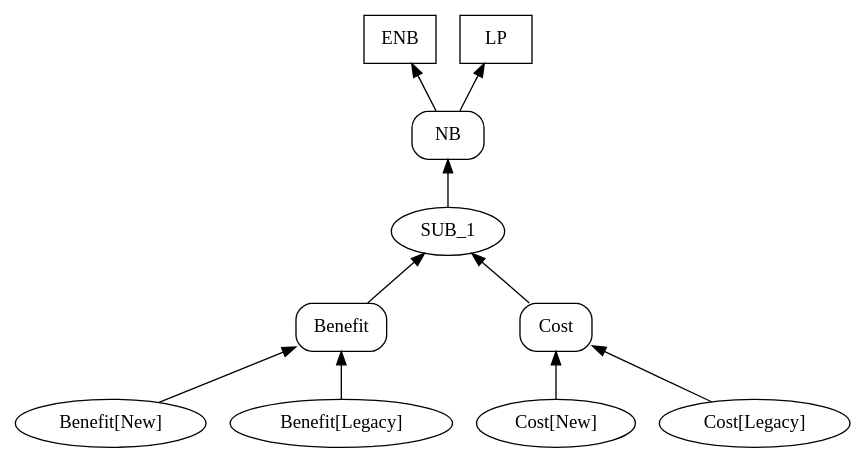
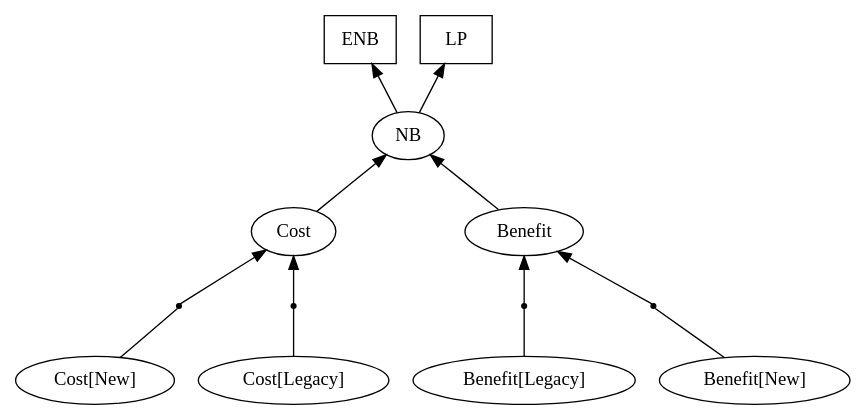
One commit to sbusari/RADAR2 changed the diagram in uk.ac.ucl.cs.results/CVB/graph/vgraph.dot. Above: the diagram before and after it, drawn with Graphviz. The commit also changed 38 other files, not shown here.

Commit message:
Implementation of AND/OR graph using the visitor design pattern

```diff
--- a/uk.ac.ucl.cs.results/CVB/graph/vgraph.dot
+++ b/uk.ac.ucl.cs.results/CVB/graph/vgraph.dot
@@ -1,22 +1,24 @@
 digraph G { 
-rankdir = BT; 
-edge[dir=forward]; 
-ENB[shape=box]
-NB[shape=box, style=rounded]
-Benefit[shape=box, style=rounded]
-"Benefit[New]"[shape=ellipse]
-"Benefit[Legacy]"[shape=ellipse]
-Cost[shape=box, style=rounded]
-"Cost[New]"[shape=ellipse]
-"Cost[Legacy]"[shape=ellipse]
-LP[shape=box]
-"Benefit[New]"->Benefit
-"Benefit[Legacy]"->Benefit
-"Cost[New]"->Cost
-"Cost[Legacy]"->Cost
-Benefit->"SUB_1"
-Cost->"SUB_1"
-"SUB_1"->NB
-NB->ENB
-NB->LP
+rankdir = BT 
+AndRef0[shape = point] 
+AndRef0->"Benefit"
+"Benefit[New]"->AndRef0 [dir = none] 
+AndRef1[shape = point] 
+AndRef1->"Benefit"
+"Benefit[Legacy]"->AndRef1 [dir = none] 
+"Benefit" [shape = oval] 
+"Benefit"->NB 
+AndRef2[shape = point] 
+AndRef2->"Cost"
+"Cost[New]"->AndRef2 [dir = none] 
+AndRef3[shape = point] 
+AndRef3->"Cost"
+"Cost[Legacy]"->AndRef3 [dir = none] 
+"Cost" [shape = oval] 
+"Cost"->NB 
+"NB" [shape = oval] 
+ENB [shape = box] 
+NB->"ENB"
+LP [shape = box] 
+NB->"LP"
 }
```
